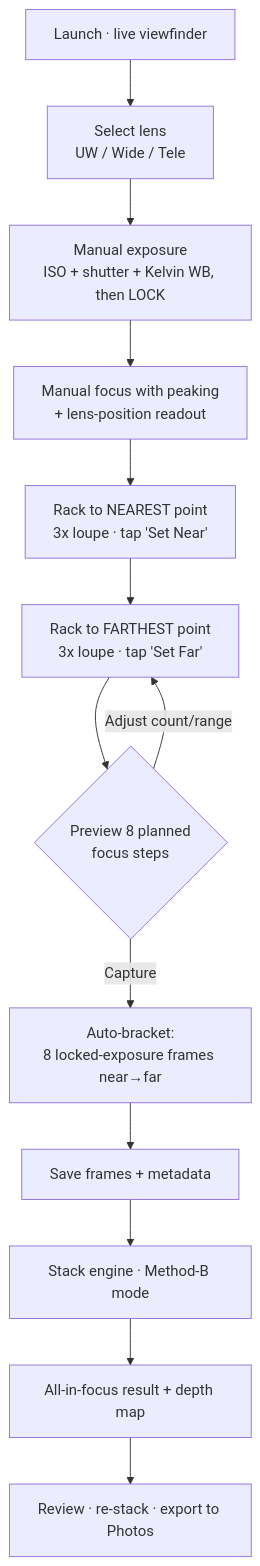
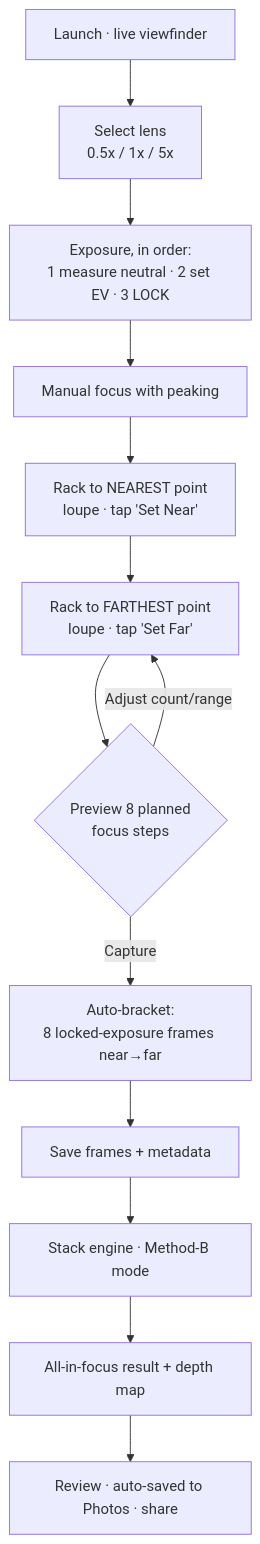
One commit to LAW210/filesremote changed the first of 2 diagrams in docs/focus-stack-ios/BLUEPRINT.md. Above: the diagram before and after it, drawn with Mermaid. The commit also changed other lines of this file and 5 other files, not shown here.

````diff
--- a/docs/focus-stack-ios/BLUEPRINT.md
+++ b/docs/focus-stack-ios/BLUEPRINT.md
@@ -94,15 +94,15 @@
 ```mermaid
 flowchart TD
-    A[Launch · live viewfinder] --> B[Select lens<br/>UW / Wide / Tele]
-    B --> C[Manual exposure<br/>ISO + shutter + Kelvin WB, then LOCK]
-    C --> D[Manual focus with peaking<br/>+ lens-position readout]
-    D --> E[Rack to NEAREST point<br/>3x loupe · tap 'Set Near']
-    E --> F[Rack to FARTHEST point<br/>3x loupe · tap 'Set Far']
+    A[Launch · live viewfinder] --> B[Select lens<br/>0.5x / 1x / 5x]
+    B --> C[Exposure, in order:<br/>1 measure neutral · 2 set EV · 3 LOCK]
+    C --> D[Manual focus with peaking]
+    D --> E[Rack to NEAREST point<br/>loupe · tap 'Set Near']
+    E --> F[Rack to FARTHEST point<br/>loupe · tap 'Set Far']
     F --> G{Preview 8 planned<br/>focus steps}
     G -->|Adjust count/range| F
     G -->|Capture| H[Auto-bracket:<br/>8 locked-exposure frames near→far]
     H --> I[Save frames + metadata]
     I --> J[Stack engine · Method-B mode]
     J --> K[All-in-focus result + depth map]
-    K --> L[Review · re-stack · export to Photos]
+    K --> L[Review · auto-saved to Photos · share]
 ```
````
